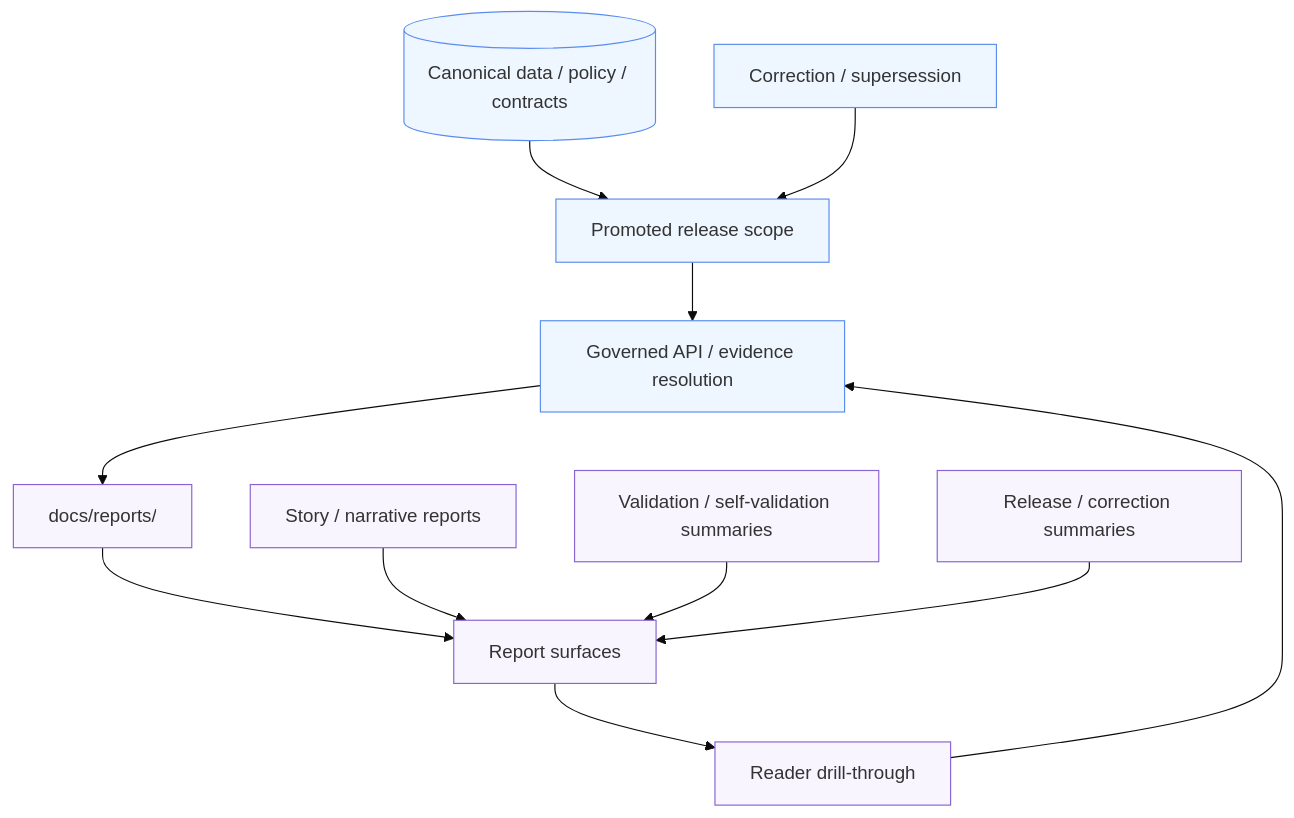
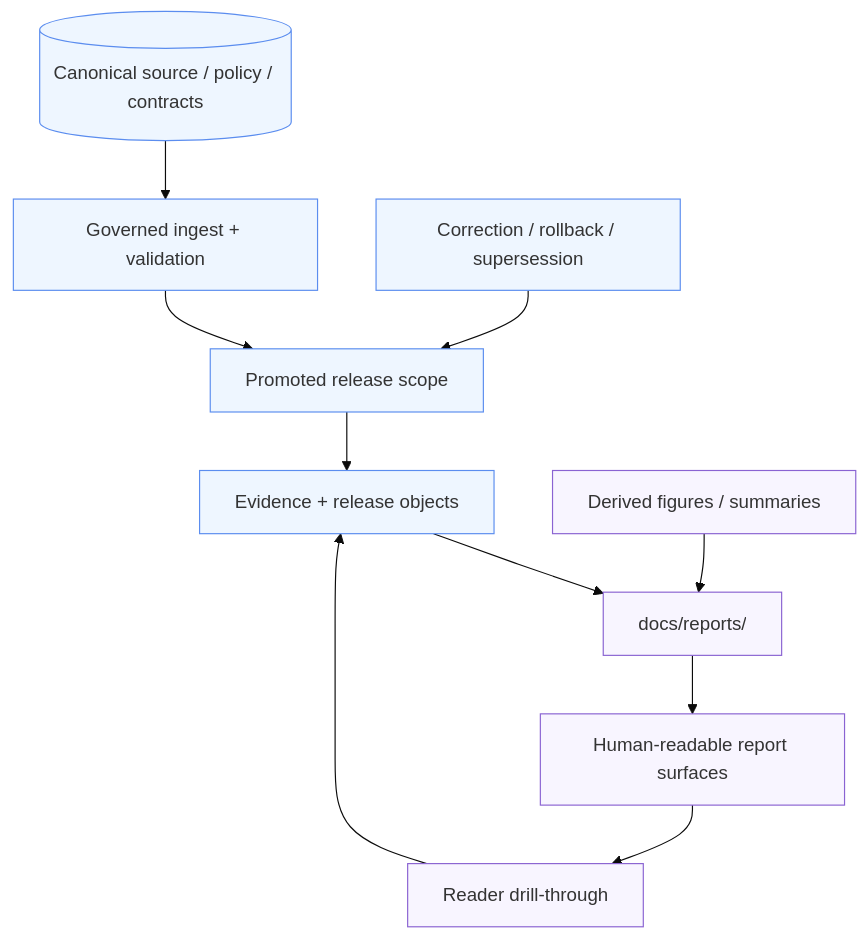
The diagram in docs/reports/README.md (bartytime4life/Kansas-Frontier-Matrix), drawn with Mermaid (base theme) before and after one commit. The commit also changed other lines of this file, not shown here.

First line of the commit message:
Revise README for reports with updated guidelines

````diff
--- a/docs/reports/README.md
+++ b/docs/reports/README.md
@@ -155,20 +180,18 @@
 ```mermaid
 flowchart TD
-    A[(Canonical data / policy / contracts)] --> B[Promoted release scope]
-    B --> C[Governed API / evidence resolution]
-    C --> D[docs/reports/]
-    D --> E[Report surfaces]
-    E --> F[Reader drill-through]
-    F --> C
+    A[(Canonical source / policy / contracts)] --> B[Governed ingest + validation]
+    B --> C[Promoted release scope]
+    C --> D[Evidence + release objects]
+    D --> E[docs/reports/]
+    E --> F[Human-readable report surfaces]
+    F --> G[Reader drill-through]
+    G --> D
 
-    E1[Story / narrative reports] --> E
-    E2[Validation / self-validation summaries] --> E
-    E3[Release / correction summaries] --> E
-
-    G[Correction / supersession] --> B
+    H[Correction / rollback / supersession] --> C
+    I[Derived figures / summaries] --> E
 
     classDef core fill:#eef6ff,stroke:#5b8def,stroke-width:1px;
     classDef reports fill:#f8f5ff,stroke:#8a63d2,stroke-width:1px;
-    class A,B,C,G core;
-    class D,E,E1,E2,E3,F reports;
+    class A,B,C,D,H core;
+    class E,F,G,I reports;
 ```
````
